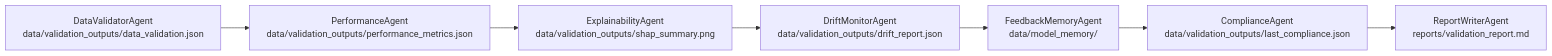
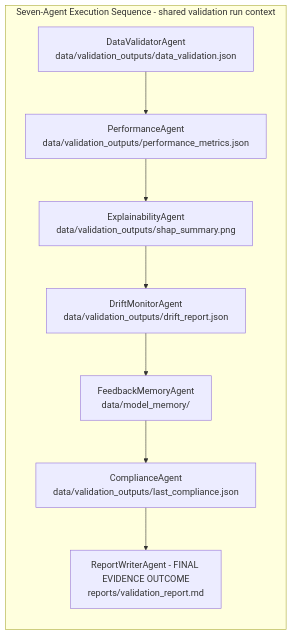
One commit to IjazKakkodDS/agentx-risk-validation-system changed the diagram in docs/architecture/source/02_seven_agent_validation_orchestration.mmd. Above: the diagram before and after it, drawn with Mermaid. The commit also changed 9 other files, not shown here.

Commit message:
docs: enrich architecture narrative diagrams

```diff
--- a/docs/architecture/source/02_seven_agent_validation_orchestration.mmd
+++ b/docs/architecture/source/02_seven_agent_validation_orchestration.mmd
@@ -1,7 +1,9 @@
 flowchart LR
-    A["DataValidatorAgent<br/>data/validation_outputs/data_validation.json"] --> B["PerformanceAgent<br/>data/validation_outputs/performance_metrics.json"]
-    B --> C["ExplainabilityAgent<br/>data/validation_outputs/shap_summary.png"]
-    C --> D["DriftMonitorAgent<br/>data/validation_outputs/drift_report.json"]
-    D --> E["FeedbackMemoryAgent<br/>data/model_memory/"]
-    E --> F["ComplianceAgent<br/>data/validation_outputs/last_compliance.json"]
-    F --> G["ReportWriterAgent<br/>reports/validation_report.md"]
+    subgraph Seven-Agent Execution Sequence - shared validation run context
+        A["DataValidatorAgent<br/>data/validation_outputs/data_validation.json"] --> B["PerformanceAgent<br/>data/validation_outputs/performance_metrics.json"]
+        B --> C["ExplainabilityAgent<br/>data/validation_outputs/shap_summary.png"]
+        C --> D["DriftMonitorAgent<br/>data/validation_outputs/drift_report.json"]
+        D --> E["FeedbackMemoryAgent<br/>data/model_memory/"]
+        E --> F["ComplianceAgent<br/>data/validation_outputs/last_compliance.json"]
+        F --> G["ReportWriterAgent - FINAL EVIDENCE OUTCOME<br/>reports/validation_report.md"]
+    end
```
